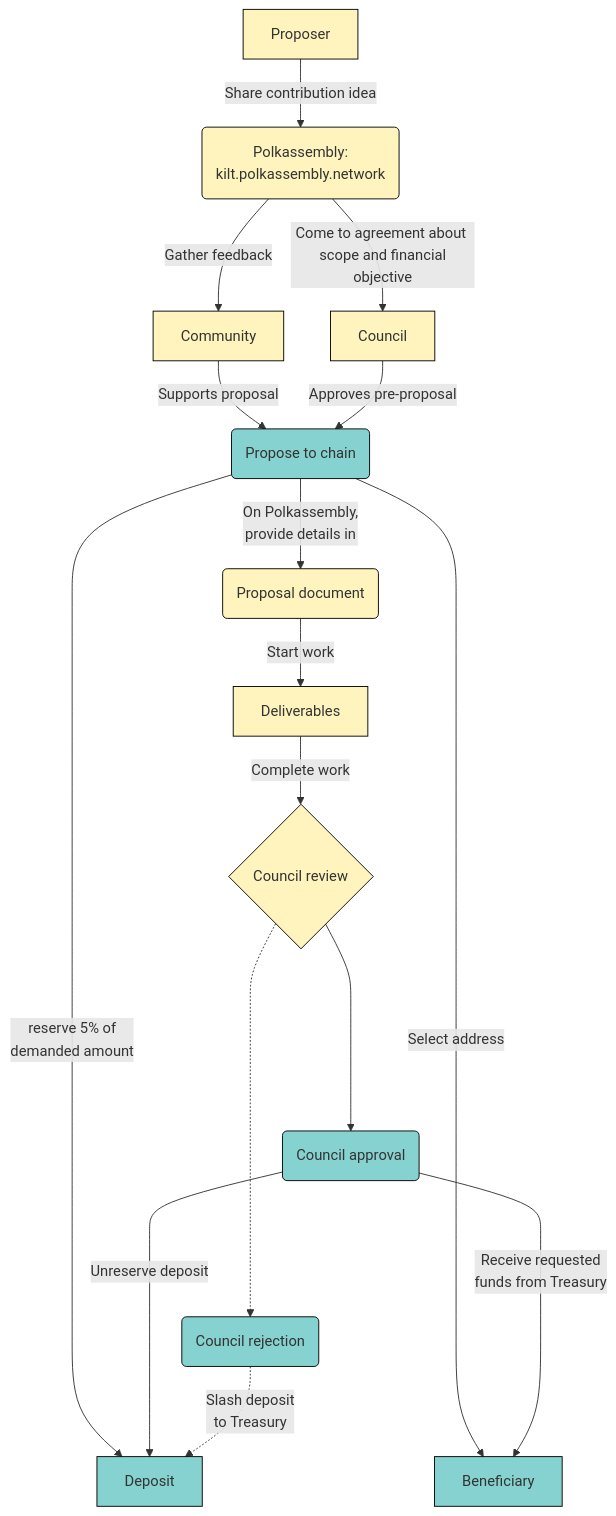
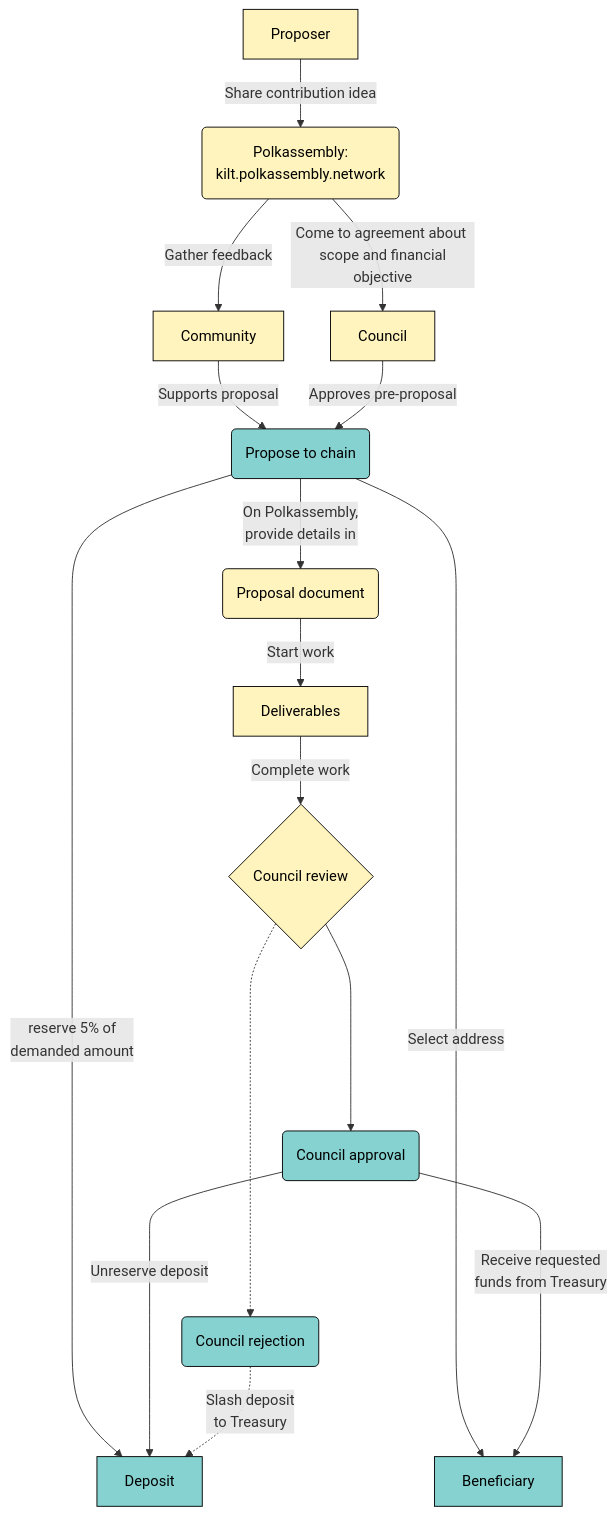
The diagram in docs/participate/03_treasury_proposal.md (KILTprotocol/docs), drawn with Mermaid before and after one commit. The commit also changed other lines of this file and 8 other files, not shown here.

First line of the commit message:
update docusaurus & remove mermaid

````diff
--- a/docs/participate/03_treasury_proposal.md
+++ b/docs/participate/03_treasury_proposal.md
@@ -69,37 +69,37 @@
 ```mermaid
 flowchart TD
     %% nodes
     Proposer --> |"Share contribution idea"|Discuss("Polkassembly: \n kilt.polkassembly.network")
     Discuss --> |"Gather feedback"|Community
     Discuss --> |"Come to agreement about \n scope and financial objective"|Council
     Community --> |"Supports proposal"|Propose("Propose to chain")
     Council --> |"Approves pre-proposal"|Propose
     Propose --> |"reserve 5% of \n demanded amount \n"|Deposit
     Propose --> |"On Polkassembly, \n provide details in"|Document("Proposal document")
     Propose ----> |"Select address"|Beneficiary
     Document --> |"Start work"|Deliverables
     Deliverables --> |"Complete work"|Council_Review{"Council review"}
     Council_Review ----> Council_Approval("Council approval")
     Council_Review -...-> Council_Rejection("Council rejection")
     Council_Approval ----> |"Receive requested \n funds from Treasury"|Beneficiary
     Council_Approval ----> |Unreserve deposit|Deposit
     Council_Rejection -.-> |"Slash deposit \n to Treasury"|Deposit
 
     %% class mapping
     Proposer:::ofchain
     Discuss:::ofchain
     Community:::ofchain
     Council:::ofchain
     Propose:::onchain
     Document:::ofchain
     Deliverables:::ofchain
     Council_Review:::ofchain
     Council_Approval:::onchain
     Deposit:::onchain
     Council_Rejection:::onchain
     Beneficiary:::onchain
 
     %% styling classes
-    classDef ofchain fill:#FFF4BD,stroke:black, stroke-width:1px;
-    classDef onchain fill:#85D2D0,stroke:black, stroke-width:1px;
+    classDef ofchain fill:#FFF4BD, stroke:black, stroke-width:1px, color:black;
+    classDef onchain fill:#85D2D0, stroke:black, stroke-width:1px, color:black;
 ```
````
